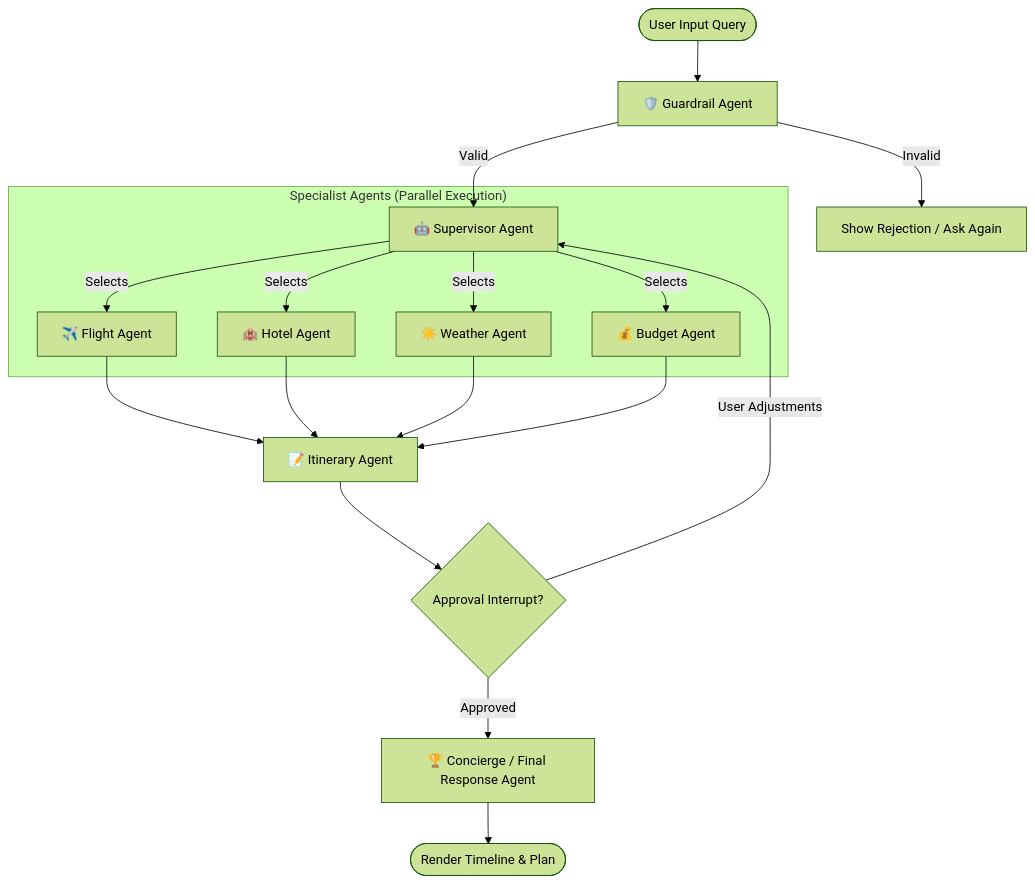
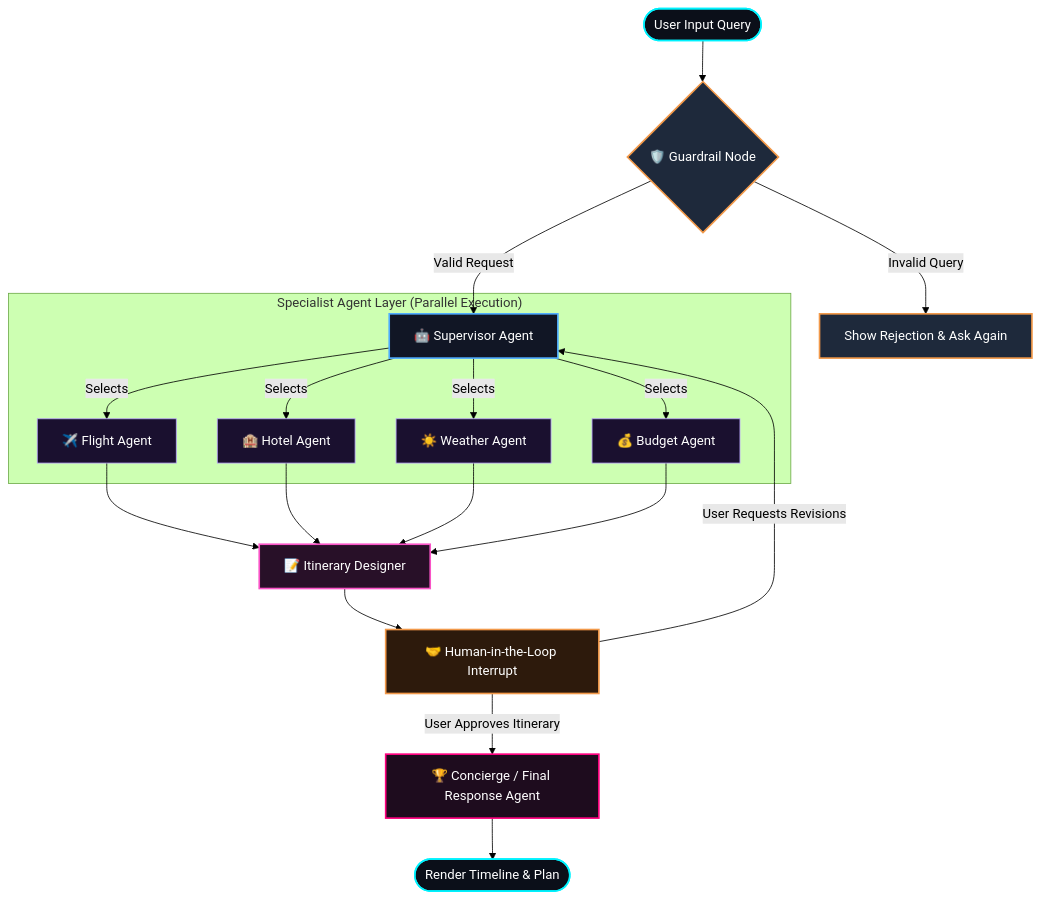
Before and after one commit to Anuradha05-Tech/Trippy-multi-agent-travel-planner: the diagram in README.md, drawn with Mermaid (forest theme). The commit also changed other lines of this file, not shown here.

Commit message:
docs: update README.md with premium architecture and features

````diff
--- a/README.md
+++ b/README.md
@@ -13,24 +18,46 @@
 ```mermaid
 flowchart TD
-    Start([User Input Query]) --> Guard[🛡️ Guardrail Agent]
-    Guard -->|Invalid| Rejected[Show Rejection / Ask Again]
-    Guard -->|Valid| Super[🤖 Supervisor Agent]
+    %% Define Styles %%
+    classDef startEnd fill:#0b0f19,stroke:#00f2fe,stroke-width:2px,color:#ffffff;
+    classDef guardNode fill:#1e293b,stroke:#f2994a,stroke-width:2px,color:#ffffff;
+    classDef superNode fill:#111625,stroke:#4facfe,stroke-width:2px,color:#ffffff;
+    classDef specialistNode fill:#1a102f,stroke:#b8a2fc,stroke-width:1px,color:#ffffff;
+    classDef itineraryNode fill:#281028,stroke:#f953c6,stroke-width:2px,color:#ffffff;
+    classDef approvalNode fill:#2d1a0c,stroke:#f2994a,stroke-width:2px,color:#ffffff;
+    classDef finalNode fill:#1e0c1e,stroke:#ff007f,stroke-width:2px,color:#ffffff;
+
+    Start([User Input Query]) --> Guard{🛡️ Guardrail Node}
+    class Start startEnd;
+    class Guard guardNode;
     
-    subgraph "Specialist Agents (Parallel Execution)"
+    Guard -->|Invalid Query| Rejected[Show Rejection & Ask Again]
+    class Rejected guardNode;
+    
+    Guard -->|Valid Request| Super[🤖 Supervisor Agent]
+    class Super superNode;
+    
+    subgraph "Specialist Agent Layer (Parallel Execution)"
         Super -->|Selects| FA[✈️ Flight Agent]
         Super -->|Selects| HA[🏨 Hotel Agent]
         Super -->|Selects| WA[☀️ Weather Agent]
         Super -->|Selects| BA[💰 Budget Agent]
+        
+        class FA,HA,WA,BA specialistNode;
     end
     
-    FA --> IT[📝 Itinerary Agent]
+    FA --> IT[📝 Itinerary Designer]
     HA --> IT
     WA --> IT
     BA --> IT
+    class IT itineraryNode;
     
-    IT --> Interrupt{Approval Interrupt?}
-    Interrupt -->|User Adjustments| Super
-    Interrupt -->|Approved| Concierge[🏆 Concierge / Final Response Agent]
+    IT --> Interrupt[🤝 Human-in-the-Loop Interrupt]
+    class Interrupt approvalNode;
+    
+    Interrupt -->|User Requests Revisions| Super
+    Interrupt -->|User Approves Itinerary| Concierge[🏆 Concierge / Final Response Agent]
+    class Concierge finalNode;
     
     Concierge --> End([Render Timeline & Plan])
+    class End startEnd;
 ```
````
